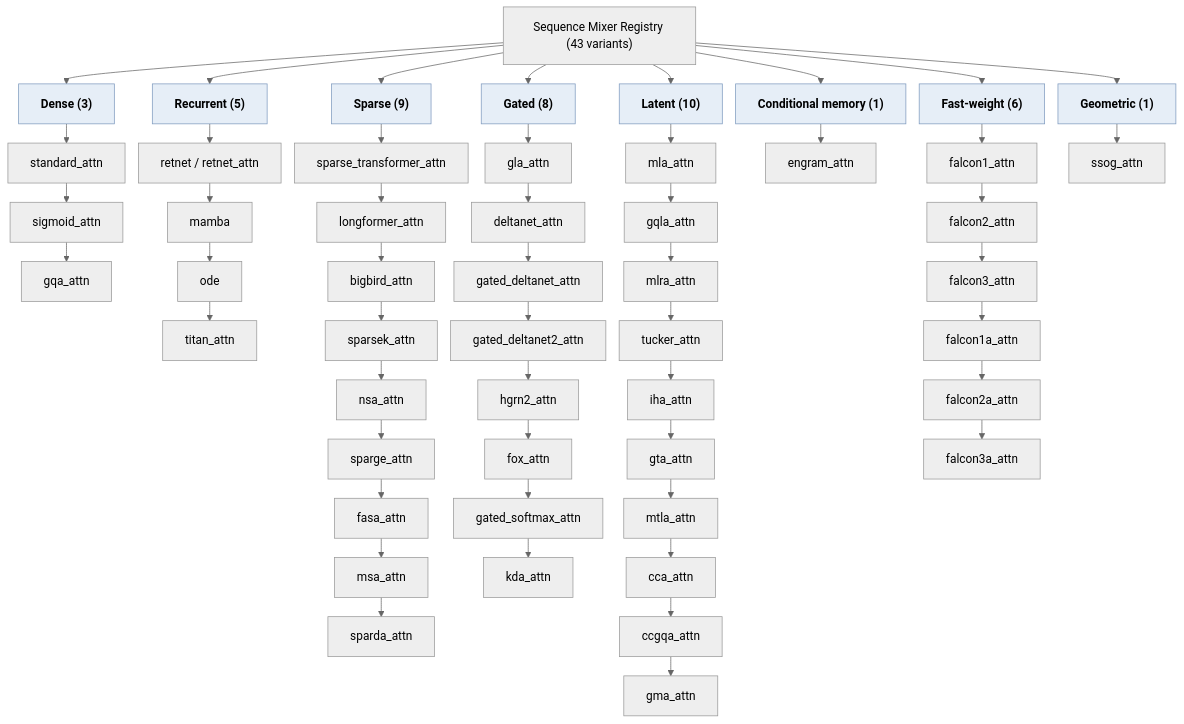
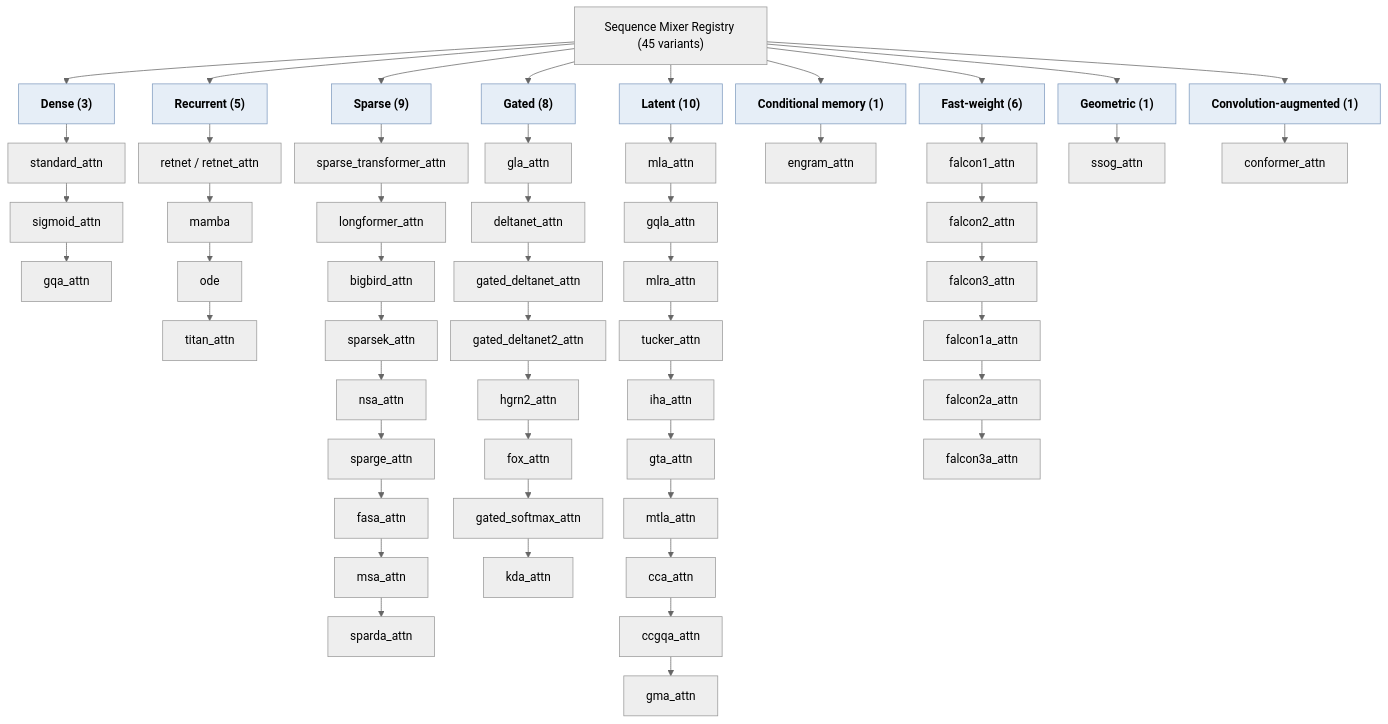
The diagram in docs/paper/figures/mixer-taxonomy.mmd (erickfmm/frankenstein-transformer), drawn with Mermaid before and after one commit. The commit also changed 27 other files, not shown here.

First line of the commit message:
docs(paper): document conformer mixer and audio support (EN/ES)

```diff
--- a/docs/paper/figures/mixer-taxonomy.mmd
+++ b/docs/paper/figures/mixer-taxonomy.mmd
@@ -1,31 +1,34 @@
 %%{init: {"theme":"neutral","flowchart":{"curve":"basis","nodeSpacing":18,"rankSpacing":26}}}%%
 flowchart TD
-  root["Sequence Mixer Registry (43 variants)"]
+  root["Sequence Mixer Registry (45 variants)"]
 
   d["Dense (3)"] --> d1["standard_attn"] --> d2["sigmoid_attn"] --> d3["gqa_attn"]
 
   r["Recurrent (5)"] --> r1["retnet / retnet_attn"] --> r2["mamba"] --> r3["ode"] --> r4["titan_attn"]
 
   s["Sparse (9)"] --> s1["sparse_transformer_attn"] --> s2["longformer_attn"] --> s3["bigbird_attn"] --> s4["sparsek_attn"] --> s5["nsa_attn"] --> s6["sparge_attn"] --> s7["fasa_attn"] --> s8["msa_attn"] --> s9["sparda_attn"]
 
   g["Gated (8)"] --> g1["gla_attn"] --> g2["deltanet_attn"] --> g3["gated_deltanet_attn"] --> g4["gated_deltanet2_attn"] --> g5["hgrn2_attn"] --> g6["fox_attn"] --> g7["gated_softmax_attn"] --> g8["kda_attn"]
 
   l["Latent (10)"] --> l1["mla_attn"] --> l2["gqla_attn"] --> l3["mlra_attn"] --> l4["tucker_attn"] --> l5["iha_attn"] --> l6["gta_attn"] --> l7["mtla_attn"] --> l8["cca_attn"] --> l9["ccgqa_attn"] --> l10["gma_attn"]
 
   m["Conditional memory (1)"] --> m1["engram_attn"]
 
   f["Fast-weight (6)"] --> f1["falcon1_attn"] --> f2["falcon2_attn"] --> f3["falcon3_attn"] --> f4["falcon1a_attn"] --> f5["falcon2a_attn"] --> f6["falcon3a_attn"]
 
   x["Geometric (1)"] --> x1["ssog_attn"]
 
+  c["Convolution-augmented (1)"] --> c1["conformer_attn"]
+
   root --> d
   root --> r
   root --> s
   root --> g
   root --> l
   root --> m
   root --> f
   root --> x
+  root --> c
 
   classDef category fill:#e6eef7,stroke:#7f9bbf,font-weight:bold
-  class d,r,s,g,l,m,f,x category
+  class d,r,s,g,l,m,f,x,c category
```
